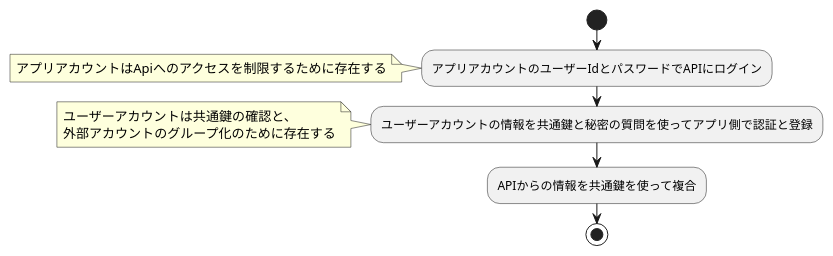
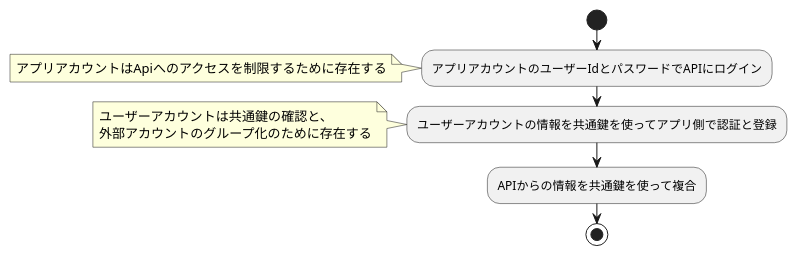
One commit to k42un0k0/k42un0k0keymanager changed the diagram in doc/認証フロー.pu. Above: the diagram before and after it, drawn with PlantUML. The commit also changed 7 other files, not shown here.

Commit message:
add window class diagram

```diff
--- a/doc/認証フロー.pu
+++ b/doc/認証フロー.pu
@@ -1,16 +1,16 @@
 @startuml 認証フロー
 
 start
 :アプリアカウントのユーザーIdとパスワードでAPIにログイン;
 note left
 アプリアカウントはApiへのアクセスを制限するために存在する
 endnote
-:ユーザーアカウントの情報を共通鍵と秘密の質問を使ってアプリ側で認証と登録;
+:ユーザーアカウントの情報を共通鍵を使ってアプリ側で認証と登録;
 note left
 ユーザーアカウントは共通鍵の確認と、
 外部アカウントのグループ化のために存在する
 endnote
 :APIからの情報を共通鍵を使って複合;
 stop
 
 @enduml
```
